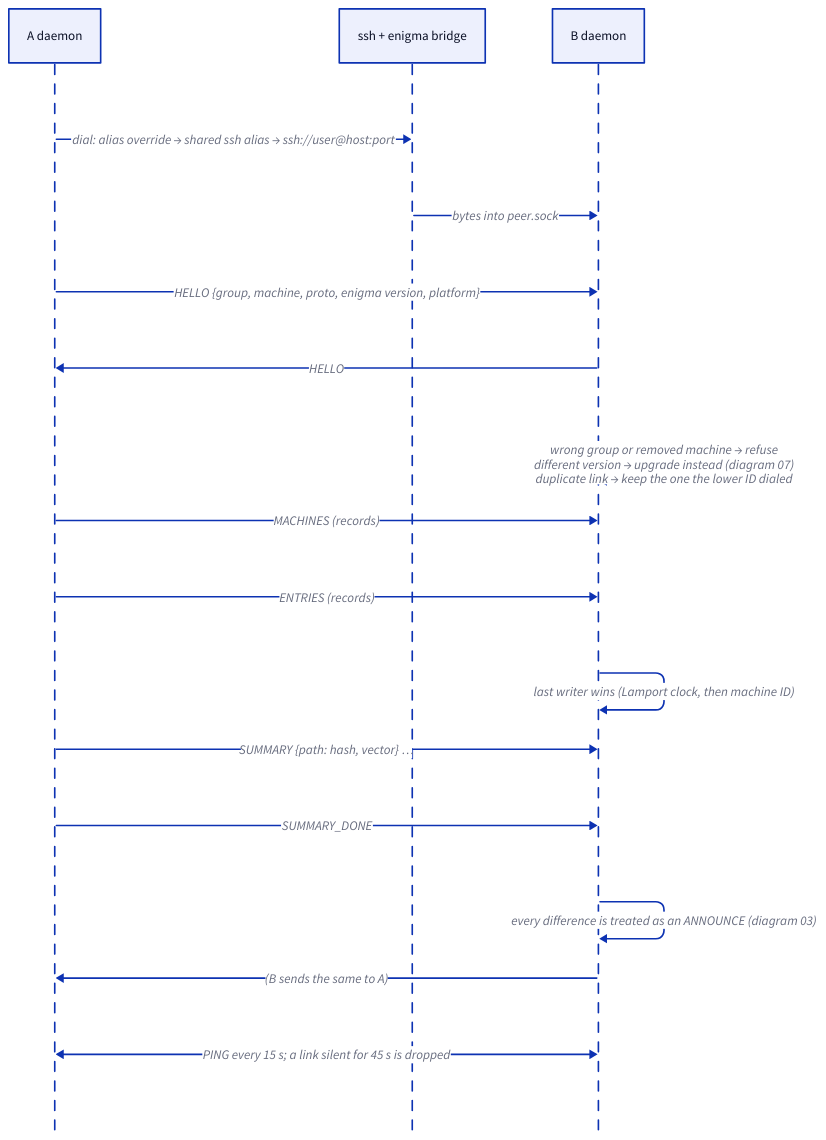
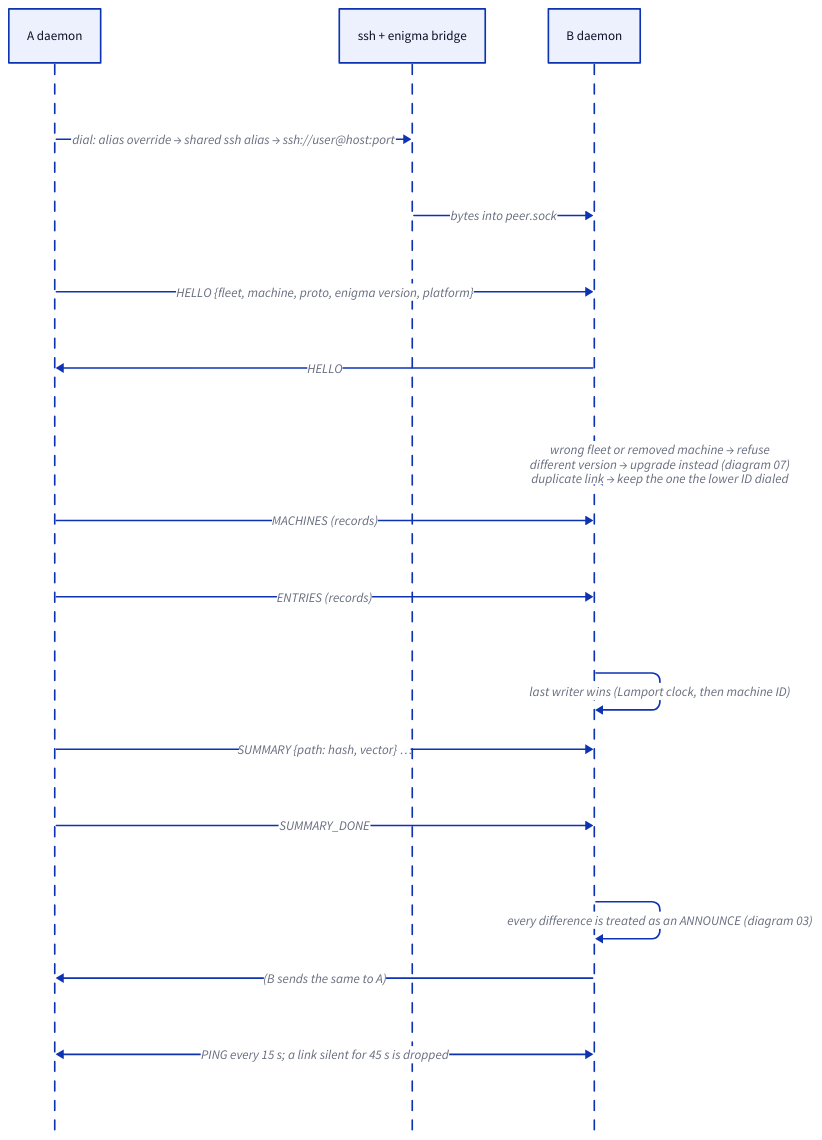
The diagram in architecture/05-link-up.d2 (nadavushka-dev/Enigma), drawn with D2 before and after one commit. The commit also changed 41 other files, not shown here.

First line of the commit message:
refactor: rename the machine mesh from group to fleet (SPEC §3)

```diff
--- a/architecture/05-link-up.d2
+++ b/architecture/05-link-up.d2
@@ -1,20 +1,20 @@
 # A link coming up: handshake, then catch-up (SPEC §5, §6.5)
 shape: sequence_diagram
 
 a: A daemon
 s: "ssh + enigma bridge"
 b: B daemon
 
 a -> s: "dial: alias override → shared ssh alias → ssh://user@host:port"
 s -> b: bytes into peer.sock
-a -> b: "HELLO {group, machine, proto, enigma version, platform}"
+a -> b: "HELLO {fleet, machine, proto, enigma version, platform}"
 b -> a: HELLO
-b -> b: "wrong group or removed machine → refuse\ndifferent version → upgrade instead (diagram 07)\nduplicate link → keep the one the lower ID dialed"
+b -> b: "wrong fleet or removed machine → refuse\ndifferent version → upgrade instead (diagram 07)\nduplicate link → keep the one the lower ID dialed"
 a -> b: MACHINES (records)
 a -> b: ENTRIES (records)
 b -> b: "last writer wins (Lamport clock, then machine ID)"
 a -> b: "SUMMARY {path: hash, vector} …"
 a -> b: SUMMARY_DONE
 b -> b: "every difference is treated as an ANNOUNCE (diagram 03)"
 b -> a: "(B sends the same to A)"
 a <-> b: "PING every 15 s; a link silent for 45 s is dropped"
```
